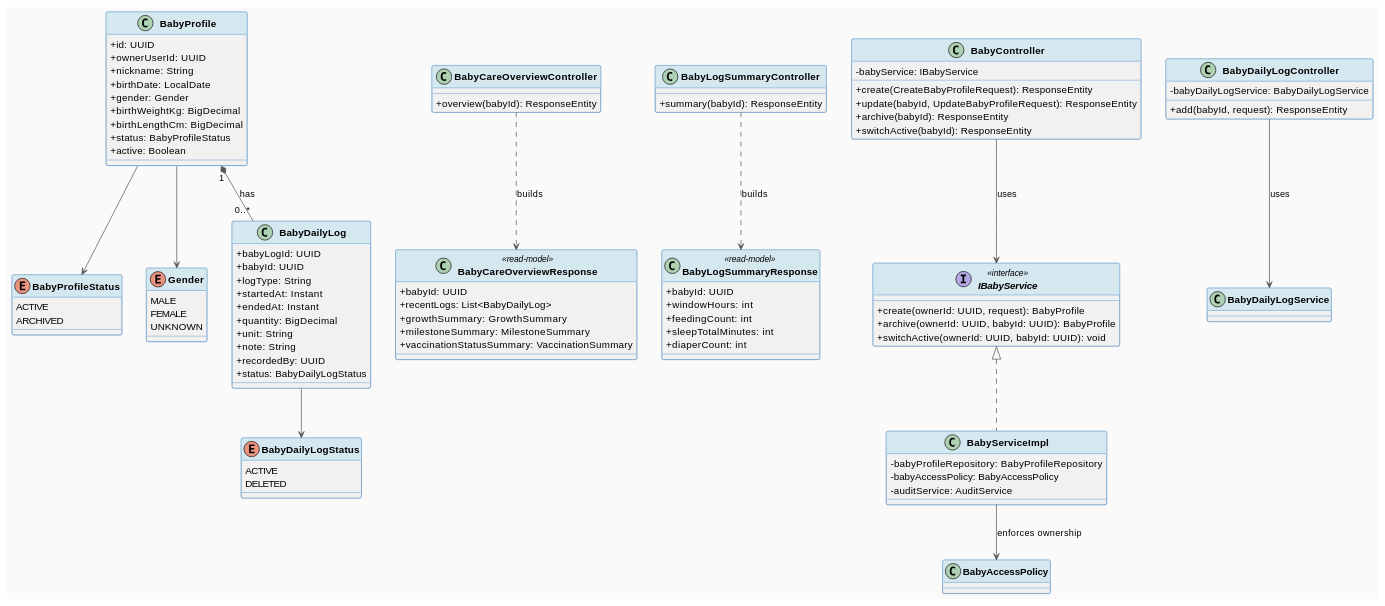
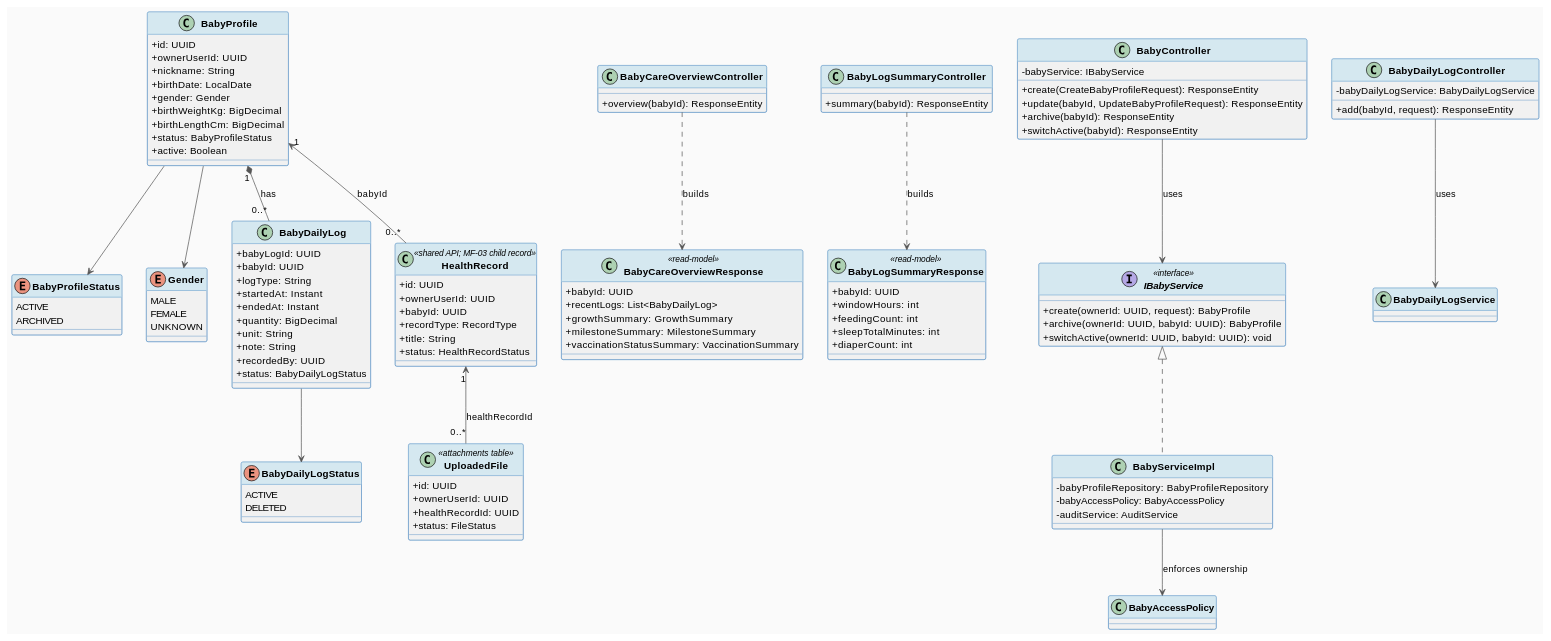
Before and after one commit to ChuongBDHE172784/CareBridge_SEP490_G79: the first of 2 diagrams in docs/Detailed_Design/MF03_Baby_Care_Growth_Vaccination/01_Baby_Profile_Daily_Care_Overview.md, drawn with PlantUML. The commit also changed other lines of this file and 97 other files, not shown here.

Commit message:
docs: update detailed design documentation with new diagrams and restructured module files.

```diff
--- a/docs/Detailed_Design/MF03_Baby_Care_Growth_Vaccination/01_Baby_Profile_Daily_Care_Overview.md
+++ b/docs/Detailed_Design/MF03_Baby_Care_Growth_Vaccination/01_Baby_Profile_Daily_Care_Overview.md
@@ -88,6 +95,22 @@
   + diaperCount: int
 }
 
+class HealthRecord <<shared API; MF-03 child record>> {
+  + id: UUID
+  + ownerUserId: UUID
+  + babyId: UUID
+  + recordType: RecordType
+  + title: String
+  + status: HealthRecordStatus
+}
+
+class UploadedFile <<attachments table>> {
+  + id: UUID
+  + ownerUserId: UUID
+  + healthRecordId: UUID
+  + status: FileStatus
+}
+
 class BabyController {
   - babyService: IBabyService
   + create(CreateBabyProfileRequest): ResponseEntity
@@ -124,6 +147,8 @@
 BabyProfile --> BabyProfileStatus
 BabyProfile --> Gender
 BabyProfile "1" *-- "0..*" BabyDailyLog : has
+BabyProfile "1" <-- "0..*" HealthRecord : babyId
+HealthRecord "1" <-- "0..*" UploadedFile : healthRecordId
 BabyDailyLog --> BabyDailyLogStatus
 BabyController --> IBabyService : uses
 BabyDailyLogController --> BabyDailyLogService : uses
```
